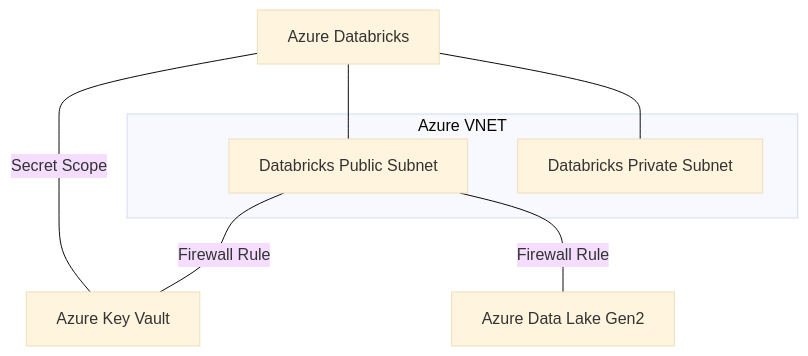
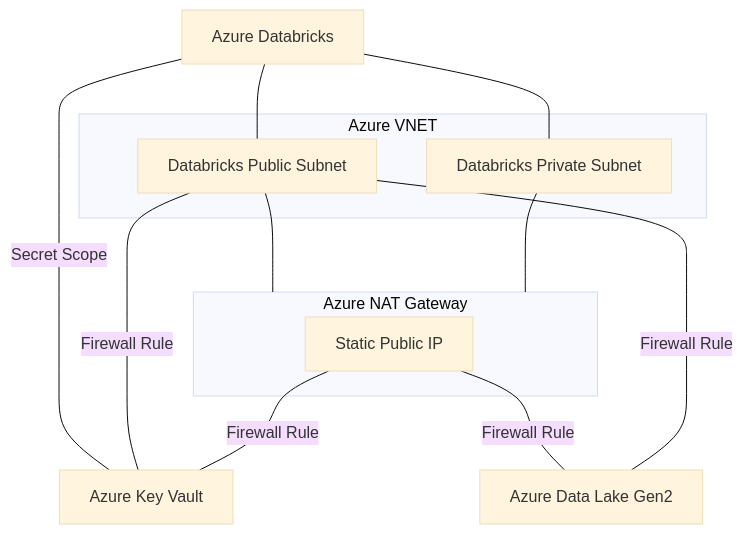
The second of 2 diagrams in AzureDatabricks/README.md (Qivada/ADA), drawn with Mermaid (base theme) before and after one commit.

```diff
--- a/AzureDatabricks/README.md
+++ b/AzureDatabricks/README.md
@@ -88,21 +88,27 @@
 ~~~mermaid
 graph TB
-    subgraph Azure VNET
+    subgraph VNET[Azure VNET]
         SNET_PUBLIC[Databricks Public Subnet]
         SNET_PRIVATE[Databricks Private Subnet]
     end
+    
+    subgraph NAT[Azure NAT Gateway]
+        NAT_PUBLIC_IP[Static Public IP]
+    end
+    
+    SNET_PUBLIC --- NAT
+    SNET_PRIVATE --- NAT
     
     DATABRICKS[Azure Databricks]
     STORAGE[Azure Data Lake Gen2]
     KEYVAULT[Azure Key Vault]
     
     DATABRICKS --- SNET_PUBLIC
     DATABRICKS --- SNET_PRIVATE
     DATABRICKS -- Secret Scope --- KEYVAULT
     
     SNET_PUBLIC -- Firewall Rule --- KEYVAULT
-    SNET_PUBLIC -- Firewall Rule --- STORAGE
-    
-    
-    
+    NAT_PUBLIC_IP -- Firewall Rule --- KEYVAULT    
+    NAT_PUBLIC_IP -- Firewall Rule --- STORAGE
+    SNET_PUBLIC -- Firewall Rule --- STORAGE    
 ~~~
```
